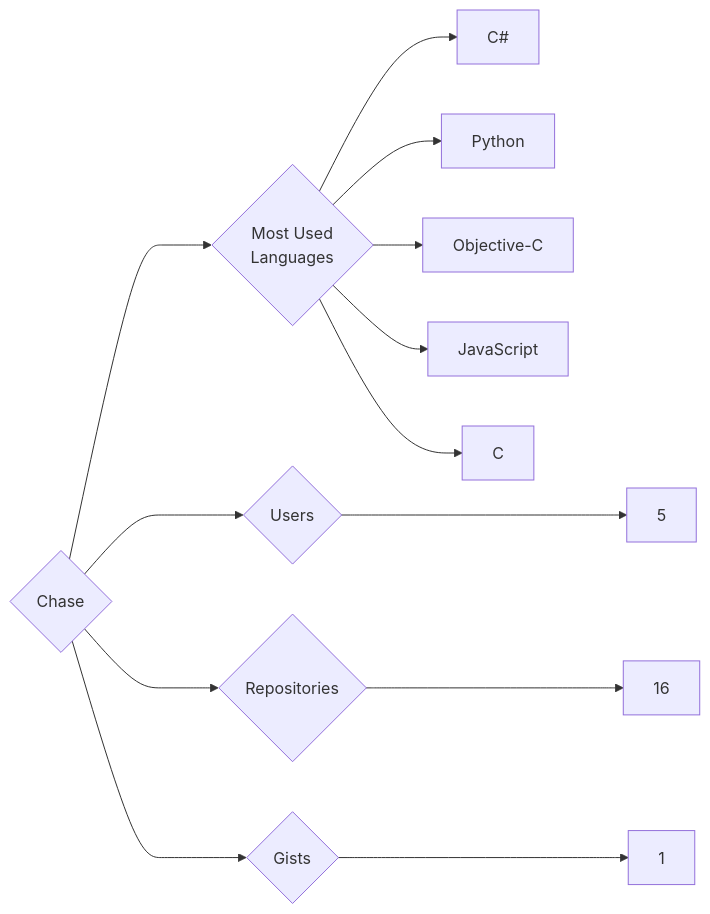
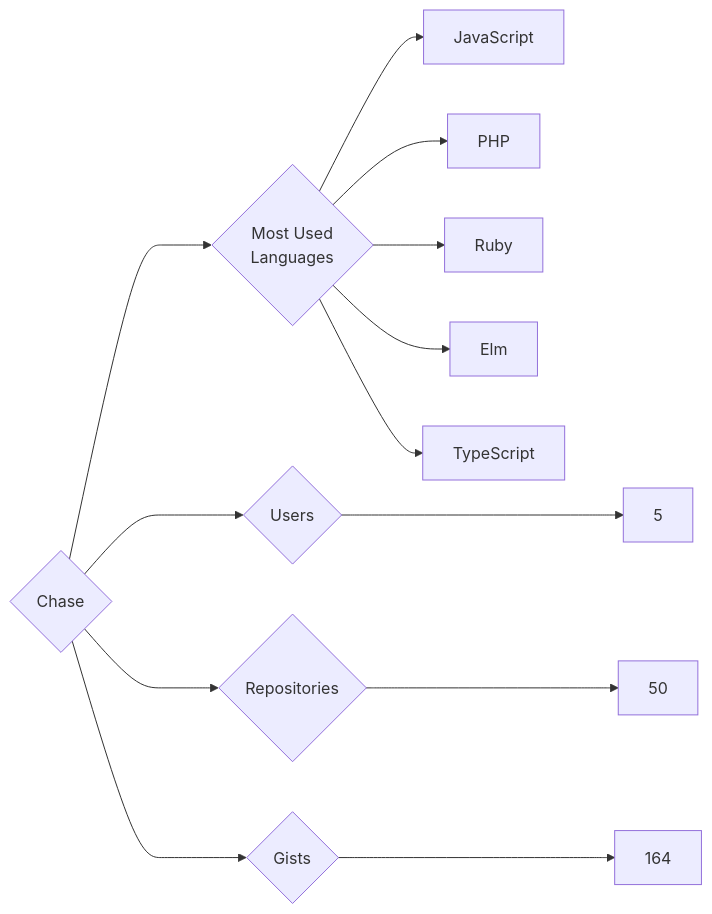
One commit to trickest/insiders changed the diagram in targets/Chase/README.md. Above: the diagram before and after it, drawn with Mermaid. The commit also changed 776 other files, not shown here.

````diff
--- a/targets/Chase/README.md
+++ b/targets/Chase/README.md
@@ -3,13 +3,13 @@
 ```mermaid
 graph LR
 COMPANY_NAME{Chase}
 COMPANY_NAME ---> U{Users} ---> UN[5]
-COMPANY_NAME ---> R{Repositories} ---> RN[16]
-COMPANY_NAME ---> G{Gists} ---> GN[1]
+COMPANY_NAME ---> R{Repositories} ---> RN[50]
+COMPANY_NAME ---> G{Gists} ---> GN[164]
 COMPANY_NAME ---> ML{Most Used<br>Languages}
-ML --> C#[C#]
-ML --> Python[Python]
-ML --> Objective-C[Objective-C]
 ML --> JavaScript[JavaScript]
-ML --> C[C]
+ML --> PHP[PHP]
+ML --> Ruby[Ruby]
+ML --> Elm[Elm]
+ML --> TypeScript[TypeScript]
 ```
````
